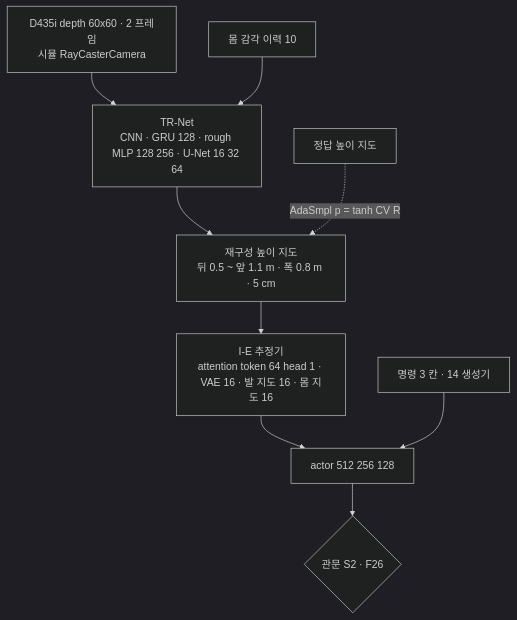
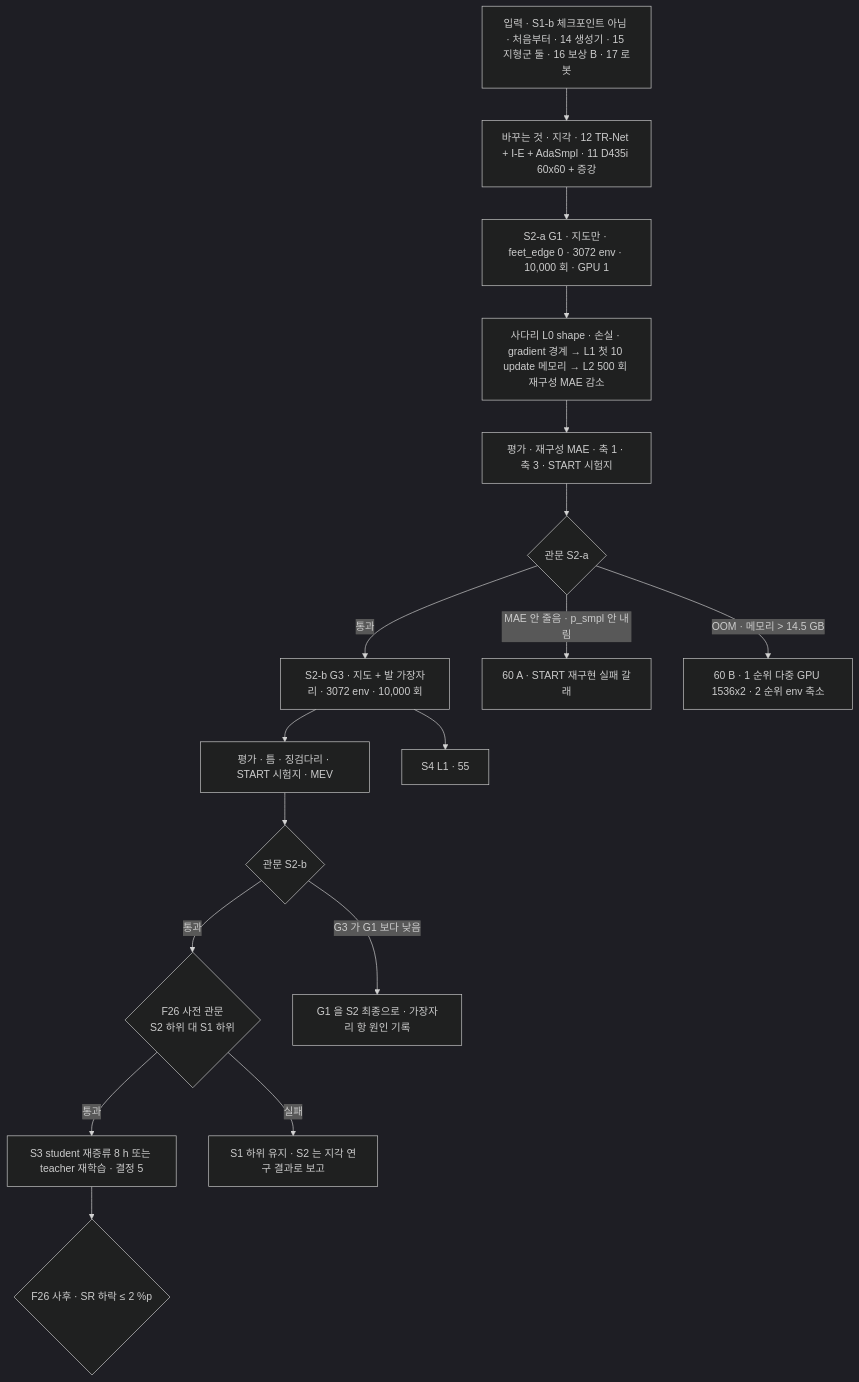
The diagram in inbox/jay/20261019-design/53-S2-PERCEPTION.md (foothold-project/foothold-lab), drawn with Mermaid (dark theme) before and after one commit. The commit also changed other lines of this file and 25 other files, not shown here.

````diff
--- a/inbox/jay/20261019-design/53-S2-PERCEPTION.md
+++ b/inbox/jay/20261019-design/53-S2-PERCEPTION.md
@@ -9,11 +15,19 @@
 ```mermaid
 flowchart TB
-  D[D435i depth 60x60 · 2 프레임<br/>시뮬 RayCasterCamera] --> TR[TR-Net<br/>CNN · GRU 128 · rough MLP 128 256 · U-Net 16 32 64]
-  P[몸 감각 이력 10] --> TR
-  TR --> MAP[재구성 높이 지도<br/>뒤 0.5 ~ 앞 1.1 m · 폭 0.8 m · 5 cm]
-  MAP --> IE[I-E 추정기<br/>attention token 64 head 1 · VAE 16 · 발 지도 16 · 몸 지도 16]
-  IE --> ACT[actor 512 256 128]
-  GT[정답 높이 지도] -. AdaSmpl p = tanh CV R .-> MAP
-  CMD[명령 3 칸 · 14 생성기] --> ACT
-  ACT --> EV{관문 S2 · F26}
+  IN[입력 · S1-b 체크포인트 아님 · 처음부터 · 14 생성기 · 15 지형군 둘 · 16 보상 B · 17 로봇] --> CH[바꾸는 것 · 지각 · 12 TR-Net + I-E + AdaSmpl · 11 D435i 60x60 + 증강]
+  CH --> G1[S2-a G1 · 지도만 · feet_edge 0 · 3072 env · 10,000 회 · GPU 1]
+  G1 --> L1[사다리 L0 shape · 손실 · gradient 경계 → L1 첫 10 update 메모리 → L2 500 회 재구성 MAE 감소]
+  L1 --> E1[평가 · 재구성 MAE · 축 1 · 축 3 · START 시험지]
+  E1 --> GA{관문 S2-a}
+  GA -->|통과| G3[S2-b G3 · 지도 + 발 가장자리 · 3072 env · 10,000 회]
+  GA -->|MAE 안 줄음 · p_smpl 안 내림| A[60 A · START 재구현 실패 갈래]
+  GA -->|OOM · 메모리 > 14.5 GB| B[60 B · 1 순위 다중 GPU 1536x2 · 2 순위 env 축소]
+  G3 --> E3[평가 · 틈 · 징검다리 · START 시험지 · MEV]
+  E3 --> GB{관문 S2-b}
+  GB -->|통과| F26{F26 사전 관문<br/>S2 하위 대 S1 하위}
+  GB -->|G3 가 G1 보다 낮음| K[G1 을 S2 최종으로 · 가장자리 항 원인 기록]
+  F26 -->|통과| RD[S3 student 재증류 8 h 또는 teacher 재학습 · 결정 5]
+  F26 -->|실패| KEEP[S1 하위 유지 · S2 는 지각 연구 결과로 보고]
+  RD --> F26b{F26 사후 · SR 하락 ≤ 2 %p}
+  G3 --> S4[S4 L1 · 55]
 ```
````
